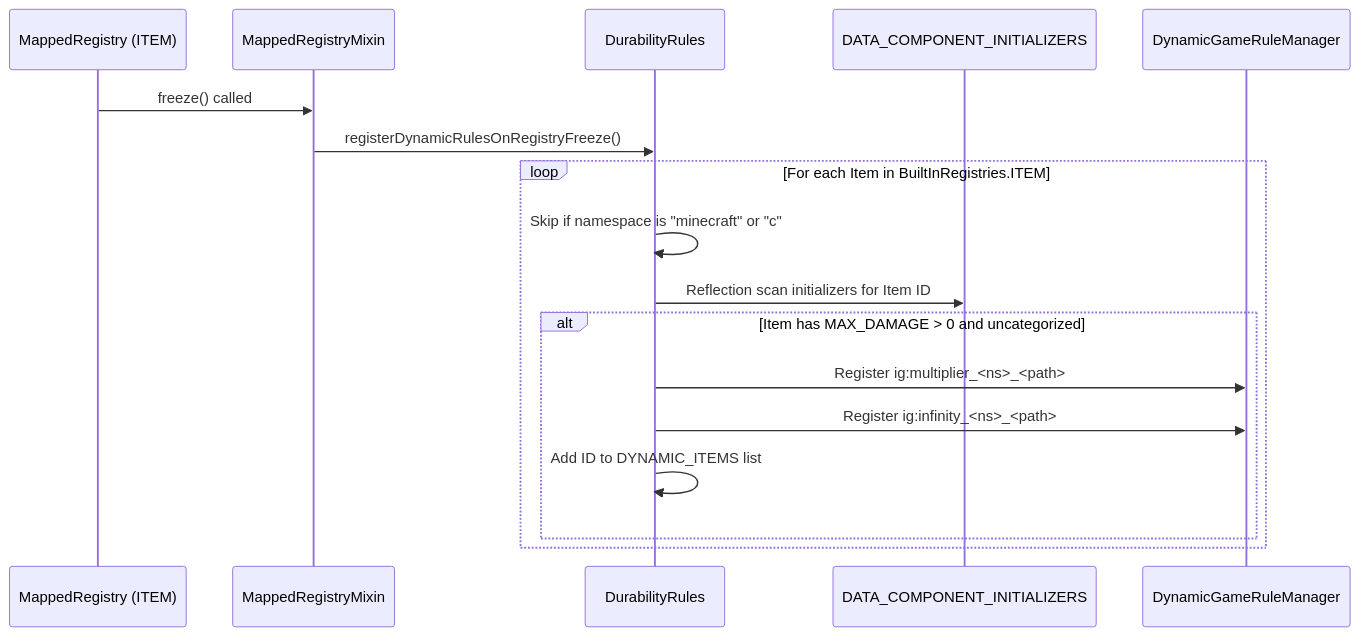
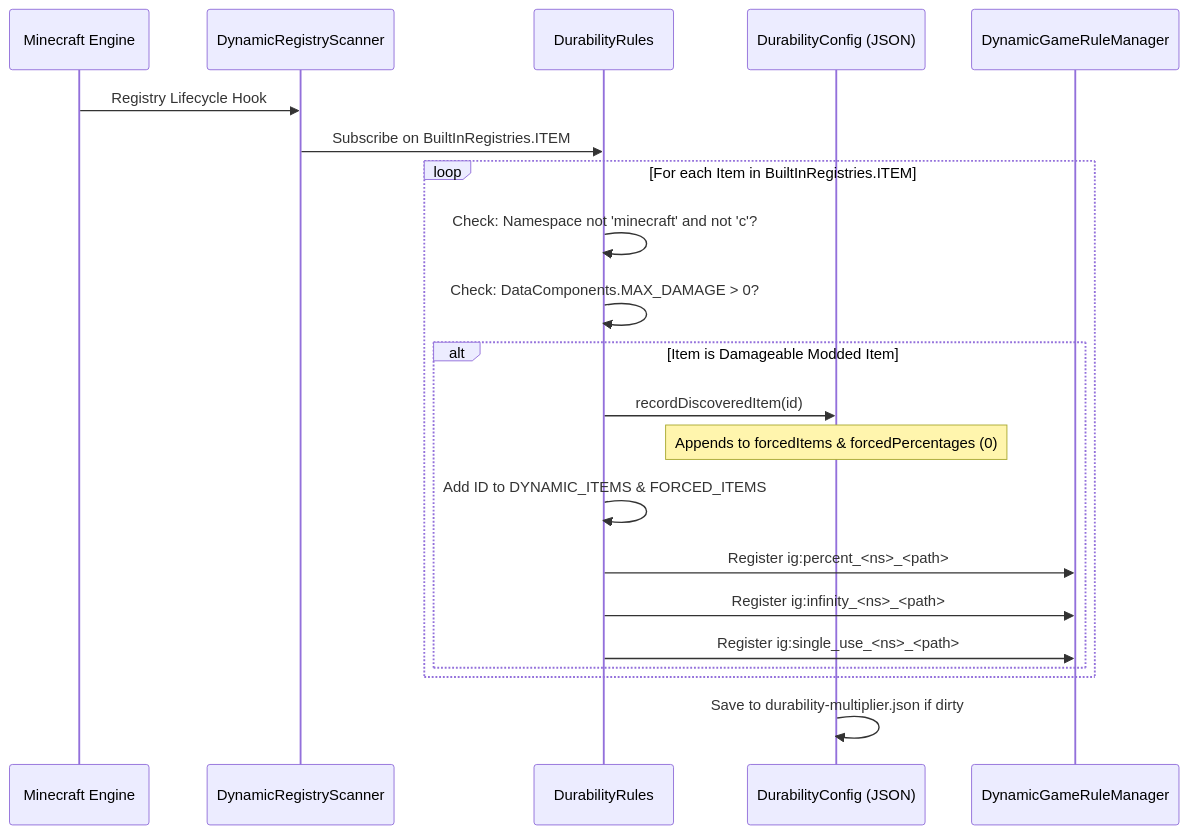
Before and after one commit to Rifaditya/Instant-Gratification-Durability-Multiplier: the diagram in .wiki/Dynamic-Modded-Item-Registration.md, drawn with Mermaid. The commit also changed other lines of this file and 18 other files, not shown here.

Commit message:
Update Durability Multiplier: Sync release queue, documentation, and source alignment

````diff
--- a/.wiki/Dynamic-Modded-Item-Registration.md
+++ b/.wiki/Dynamic-Modded-Item-Registration.md
@@ -25,20 +28,24 @@
 ```mermaid
 sequenceDiagram
-    participant MR as MappedRegistry (ITEM)
-    participant MX as MappedRegistryMixin
+    participant Game as Minecraft Engine
+    participant DRS as DynamicRegistryScanner
     participant DR as DurabilityRules
-    participant DCI as DATA_COMPONENT_INITIALIZERS
+    participant CFG as DurabilityConfig (JSON)
     participant DGM as DynamicGameRuleManager
 
-    MR->>MX: freeze() called
-    MX->>DR: registerDynamicRulesOnRegistryFreeze()
+    Game->>DRS: Registry Lifecycle Hook
+    DRS->>DR: Subscribe on BuiltInRegistries.ITEM
     loop For each Item in BuiltInRegistries.ITEM
-        DR->>DR: Skip if namespace is "minecraft" or "c"
-        DR->>DCI: Reflection scan initializers for Item ID
-        alt Item has MAX_DAMAGE > 0 and uncategorized
-            DR->>DGM: Register ig:multiplier_<ns>_<path>
+        DR->>DR: Check: Namespace not 'minecraft' and not 'c'?
+        DR->>DR: Check: DataComponents.MAX_DAMAGE > 0?
+        alt Item is Damageable Modded Item
+            DR->>CFG: recordDiscoveredItem(id)
+            Note over CFG: Appends to forcedItems & forcedPercentages (0)
+            DR->>DR: Add ID to DYNAMIC_ITEMS & FORCED_ITEMS
+            DR->>DGM: Register ig:percent_<ns>_<path>
             DR->>DGM: Register ig:infinity_<ns>_<path>
-            DR->>DR: Add ID to DYNAMIC_ITEMS list
+            DR->>DGM: Register ig:single_use_<ns>_<path>
         end
     end
+    CFG->>CFG: Save to durability-multiplier.json if dirty
 ```
````
